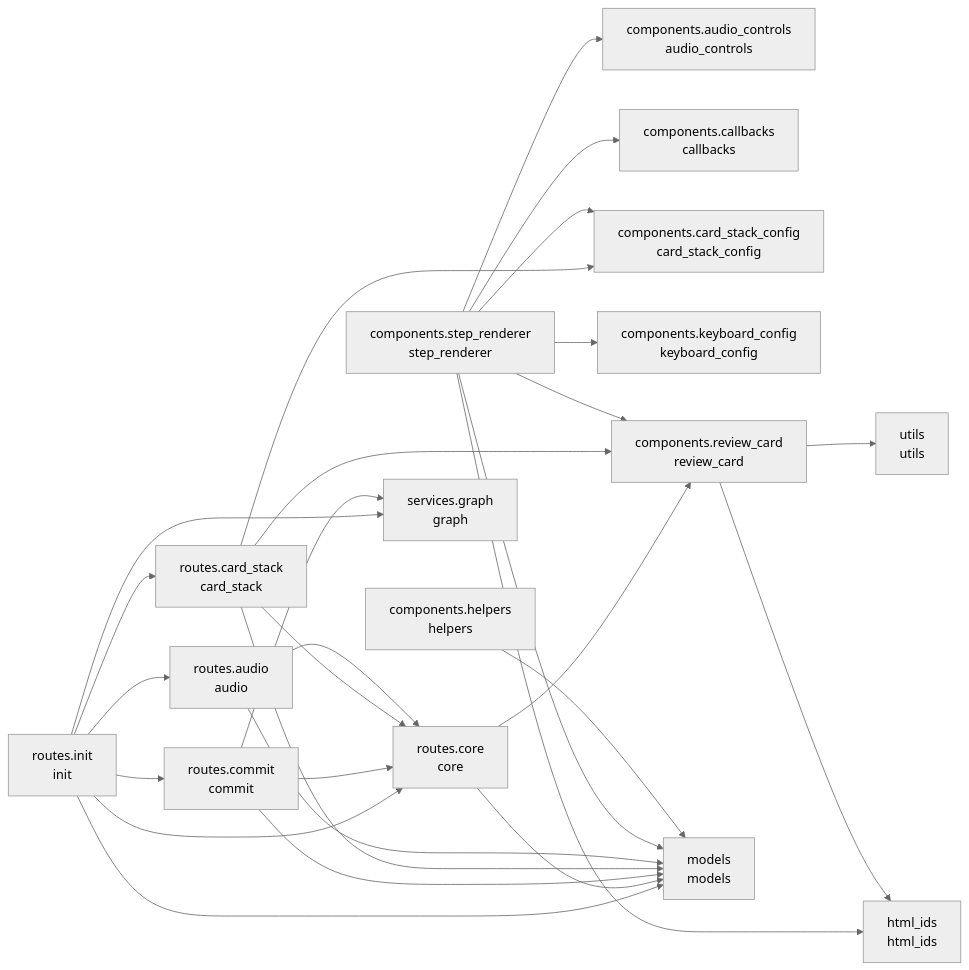
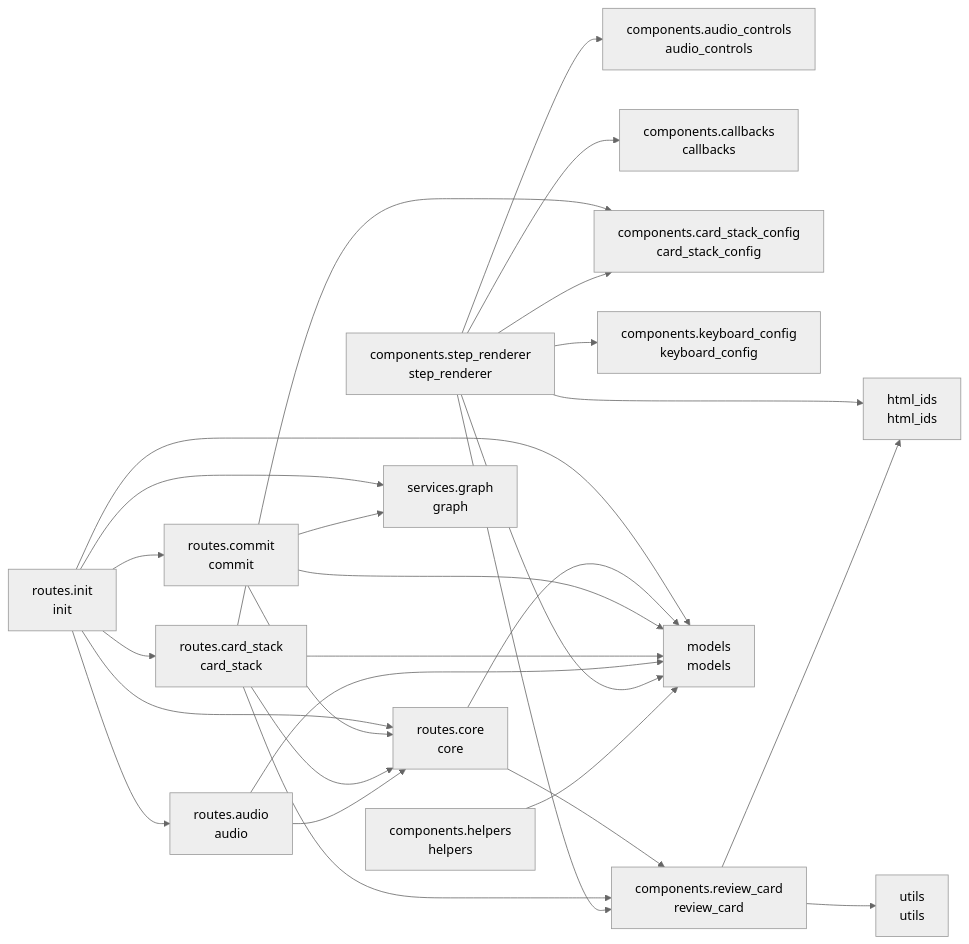
Before and after one commit to cj-mills/cjm-transcript-review: the diagram in README.md, drawn with Mermaid (neutral theme). The commit also changed other lines of this file and 4 other files, not shown here.

````diff
--- a/README.md
+++ b/README.md
@@ -39,47 +39,47 @@
 ``` mermaid
 graph LR
     components_audio_controls[components.audio_controls<br/>audio_controls]
     components_callbacks[components.callbacks<br/>callbacks]
     components_card_stack_config[components.card_stack_config<br/>card_stack_config]
     components_helpers[components.helpers<br/>helpers]
     components_keyboard_config[components.keyboard_config<br/>keyboard_config]
     components_review_card[components.review_card<br/>review_card]
     components_step_renderer[components.step_renderer<br/>step_renderer]
     html_ids[html_ids<br/>html_ids]
     models[models<br/>models]
     routes_audio[routes.audio<br/>audio]
     routes_card_stack[routes.card_stack<br/>card_stack]
     routes_commit[routes.commit<br/>commit]
     routes_core[routes.core<br/>core]
     routes_init[routes.init<br/>init]
     services_graph[services.graph<br/>graph]
     utils[utils<br/>utils]
 
     components_helpers --> models
+    components_review_card --> html_ids
     components_review_card --> utils
-    components_review_card --> html_ids
+    components_step_renderer --> components_review_card
+    components_step_renderer --> components_callbacks
+    components_step_renderer --> html_ids
     components_step_renderer --> components_card_stack_config
+    components_step_renderer --> components_keyboard_config
     components_step_renderer --> components_audio_controls
-    components_step_renderer --> components_review_card
-    components_step_renderer --> html_ids
     components_step_renderer --> models
-    components_step_renderer --> components_callbacks
-    components_step_renderer --> components_keyboard_config
+    routes_audio --> routes_core
     routes_audio --> models
-    routes_audio --> routes_core
+    routes_card_stack --> routes_core
+    routes_card_stack --> components_review_card
     routes_card_stack --> components_card_stack_config
-    routes_card_stack --> components_review_card
     routes_card_stack --> models
-    routes_card_stack --> routes_core
+    routes_commit --> routes_core
+    routes_commit --> services_graph
     routes_commit --> models
-    routes_commit --> services_graph
-    routes_commit --> routes_core
     routes_core --> models
     routes_core --> components_review_card
-    routes_init --> models
     routes_init --> services_graph
     routes_init --> routes_commit
+    routes_init --> models
     routes_init --> routes_audio
+    routes_init --> routes_core
     routes_init --> routes_card_stack
-    routes_init --> routes_core
 ```
````
